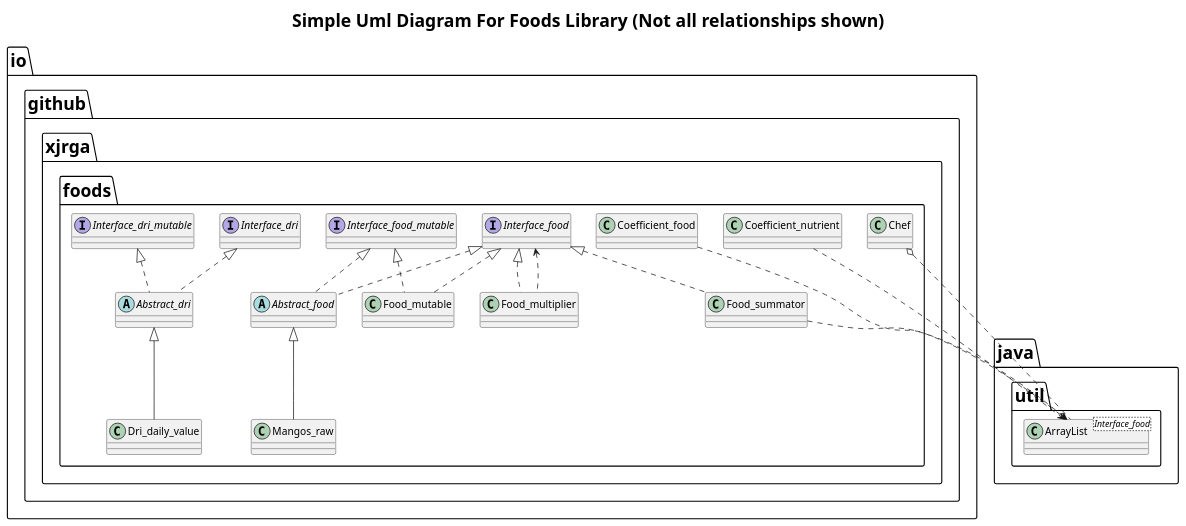
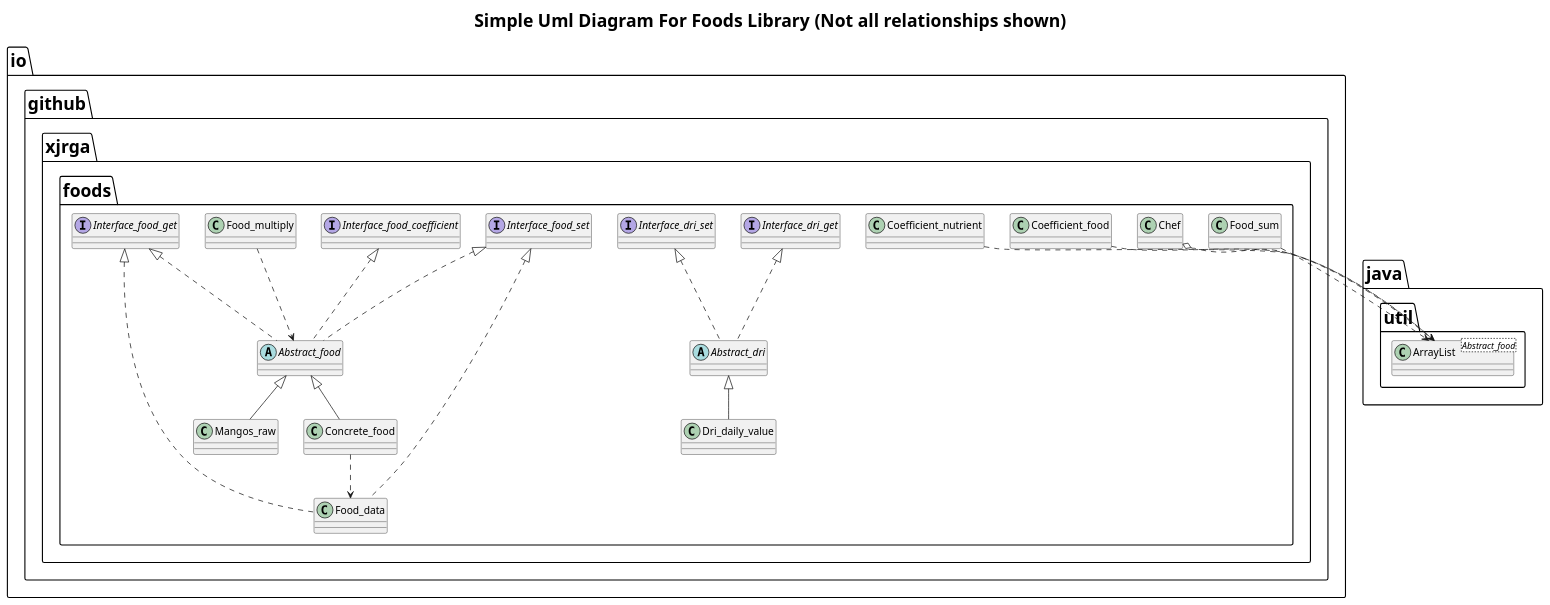
One commit to xjrga/foods changed the diagram in uml.puml. Above: the diagram before and after it, drawn with PlantUML. The commit also changed 32 other files, not shown here.

```diff
--- a/uml.puml
+++ b/uml.puml
@@ -1,29 +1,31 @@
 @startuml
 title Simple Uml Diagram For Foods Library (Not all relationships shown)
 <style>
 title {
   HorizontalAlignment center
   FontSize 24
 }
 </style>
-class java.util.ArrayList<Interface_food>
-interface io.github.xjrga.foods.Interface_dri
-interface io.github.xjrga.foods.Interface_dri_mutable
-interface io.github.xjrga.foods.Interface_food
-interface io.github.xjrga.foods.Interface_food_mutable
-abstract class io.github.xjrga.foods.Abstract_dri implements io.github.xjrga.foods.Interface_dri
-abstract class io.github.xjrga.foods.Abstract_dri implements io.github.xjrga.foods.Interface_dri_mutable
-abstract class io.github.xjrga.foods.Abstract_food implements io.github.xjrga.foods.Interface_food
-abstract class io.github.xjrga.foods.Abstract_food implements io.github.xjrga.foods.Interface_food_mutable
-class io.github.xjrga.foods.Food_mutable implements io.github.xjrga.foods.Interface_food
-class io.github.xjrga.foods.Food_mutable implements io.github.xjrga.foods.Interface_food_mutable
-class io.github.xjrga.foods.Food_multiplier implements io.github.xjrga.foods.Interface_food
-class io.github.xjrga.foods.Food_summator implements io.github.xjrga.foods.Interface_food
+class java.util.ArrayList<Abstract_food>
+interface io.github.xjrga.foods.Interface_dri_get
+interface io.github.xjrga.foods.Interface_dri_set
+interface io.github.xjrga.foods.Interface_food_get
+interface io.github.xjrga.foods.Interface_food_set
+interface io.github.xjrga.foods.Interface_food_coefficient
+abstract class io.github.xjrga.foods.Abstract_dri implements io.github.xjrga.foods.Interface_dri_get
+abstract class io.github.xjrga.foods.Abstract_dri implements io.github.xjrga.foods.Interface_dri_set
+abstract class io.github.xjrga.foods.Abstract_food implements io.github.xjrga.foods.Interface_food_get
+abstract class io.github.xjrga.foods.Abstract_food implements io.github.xjrga.foods.Interface_food_set
+abstract class io.github.xjrga.foods.Abstract_food implements io.github.xjrga.foods.Interface_food_coefficient
+class io.github.xjrga.foods.Food_data implements io.github.xjrga.foods.Interface_food_get
+class io.github.xjrga.foods.Food_data implements io.github.xjrga.foods.Interface_food_set
 class io.github.xjrga.foods.Mangos_raw extends io.github.xjrga.foods.Abstract_food
 class io.github.xjrga.foods.Dri_daily_value extends io.github.xjrga.foods.Abstract_dri
-io.github.xjrga.foods.Interface_food <.. io.github.xjrga.foods.Food_multiplier
-io.github.xjrga.foods.Food_summator ..> java.util.ArrayList 
-io.github.xjrga.foods.Coefficient_food ..> java.util.ArrayList 
+class io.github.xjrga.foods.Concrete_food extends io.github.xjrga.foods.Abstract_food
+io.github.xjrga.foods.Coefficient_food ..> java.util.ArrayList
 io.github.xjrga.foods.Coefficient_nutrient ..> java.util.ArrayList
+io.github.xjrga.foods.Concrete_food ..> io.github.xjrga.foods.Food_data
+io.github.xjrga.foods.Food_sum ..> java.util.ArrayList
+io.github.xjrga.foods.Food_multiply ..> io.github.xjrga.foods.Abstract_food
 io.github.xjrga.foods.Chef o.. java.util.ArrayList
 @enduml
```
